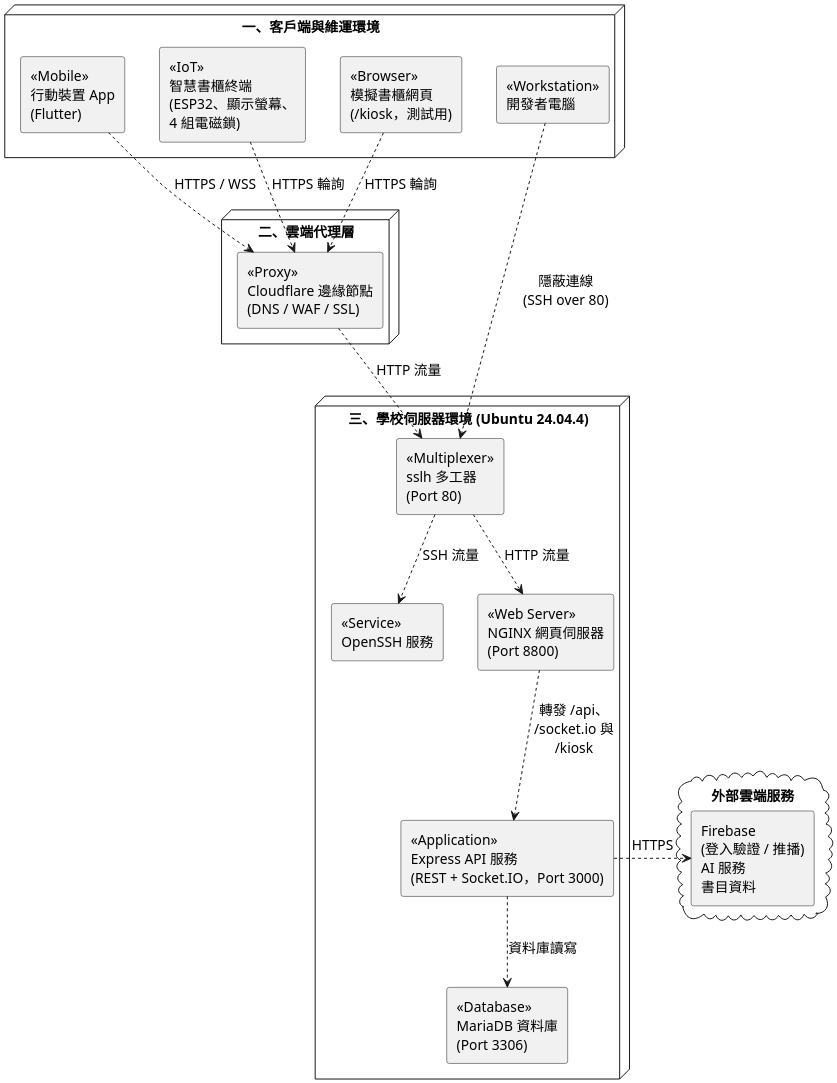
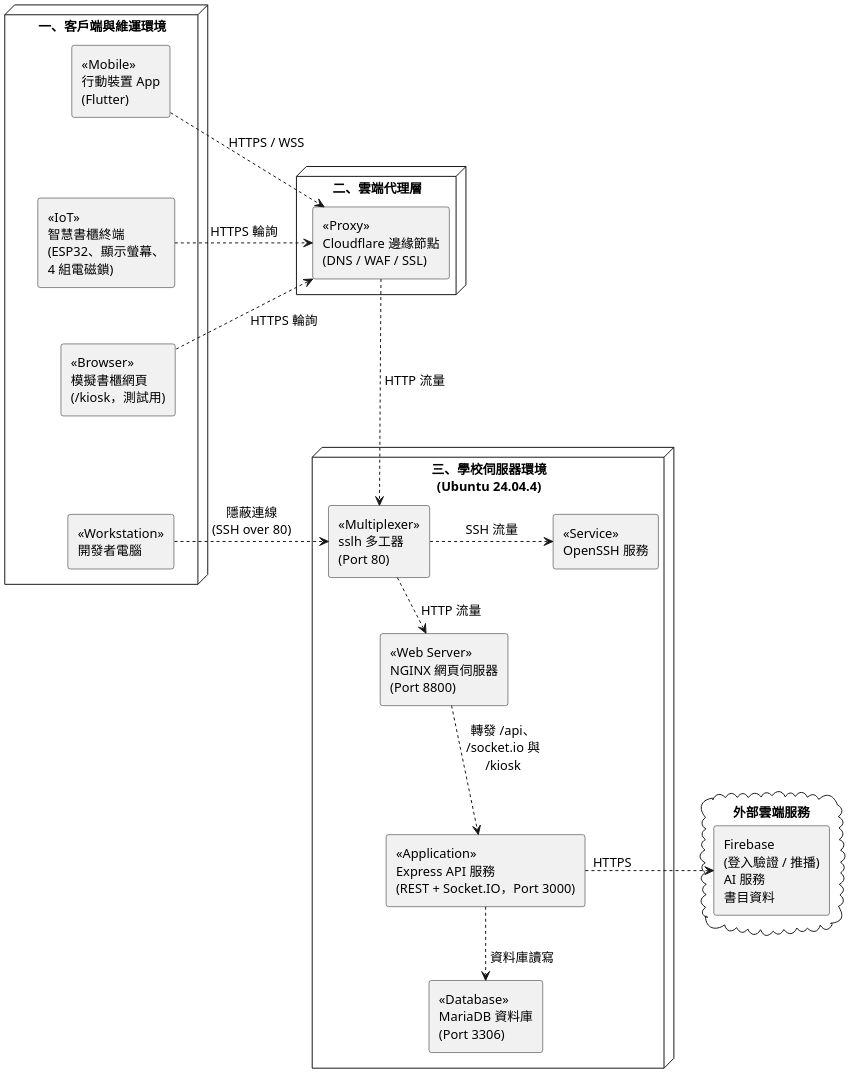
The diagram in Diagrams/System Architecture/v3/deployment.puml (SaveMyBook/SaveMyBook), drawn with PlantUML before and after one commit. The commit also changed 63 other files, not shown here.

```diff
--- a/Diagrams/System Architecture/v3/deployment.puml
+++ b/Diagrams/System Architecture/v3/deployment.puml
@@ -1,42 +1,48 @@
 @startuml
 skinparam monochrome true
 skinparam shadowing false
 skinparam dpi 220
 skinparam defaultFontName "PingFang TC"
-skinparam defaultFontSize 14
+skinparam defaultFontSize 13
 skinparam componentStyle rectangle
+skinparam nodesep 70
+skinparam ranksep 30
 
 node "一、客戶端與維運環境" {
   component "<<Mobile>>\n行動裝置 App\n(Flutter)" as app
   component "<<IoT>>\n智慧書櫃終端\n(ESP32、顯示螢幕、\n4 組電磁鎖)" as iot
   component "<<Browser>>\n模擬書櫃網頁\n(/kiosk，測試用)" as kiosk
   component "<<Workstation>>\n開發者電腦" as dev
 }
 
 node "二、雲端代理層" {
   component "<<Proxy>>\nCloudflare 邊緣節點\n(DNS / WAF / SSL)" as cf
 }
 
-node "三、學校伺服器環境 (Ubuntu 24.04.4)" {
+node "三、學校伺服器環境\n(Ubuntu 24.04.4)" {
   component "<<Multiplexer>>\nsslh 多工器\n(Port 80)" as sslh
   component "<<Service>>\nOpenSSH 服務" as ssh
   component "<<Web Server>>\nNGINX 網頁伺服器\n(Port 8800)" as nginx
   component "<<Application>>\nExpress API 服務\n(REST + Socket.IO，Port 3000)" as api
   component "<<Database>>\nMariaDB 資料庫\n(Port 3306)" as db
 }
 
 cloud "外部雲端服務" as ext {
   component "Firebase\n(登入驗證 / 推播)\nAI 服務\n書目資料" as fb
 }
 
-app ..> cf : HTTPS / WSS
-iot ..> cf : HTTPS 輪詢
-kiosk ..> cf : HTTPS 輪詢
-dev ..> sslh : 隱蔽連線\n(SSH over 80)
-cf ..> sslh : HTTP 流量
-sslh ..> ssh : SSH 流量
-sslh ..> nginx : HTTP 流量
-nginx ..> api : 轉發 /api、\n/socket.io 與\n/kiosk
-api ..> db : 資料庫讀寫
-api .right.> fb : HTTPS
+app -[hidden]down- iot
+iot -[hidden]down- kiosk
+kiosk -[hidden]down- dev
+
+app .down.> cf : HTTPS / WSS
+iot .right.> cf : HTTPS 輪詢
+kiosk .up.> cf : HTTPS 輪詢
+dev .right.> sslh : 隱蔽連線\n(SSH over 80)
+cf .down.> sslh : <U+00A0>HTTP 流量
+sslh .right.> ssh : SSH 流量
+sslh .down.> nginx : <U+00A0>HTTP 流量
+nginx .down.> api : 轉發 /api、\n/socket.io 與\n/kiosk
+api .down.> db : <U+00A0>資料庫讀寫
+api "HTTPS" .right.> fb
 @enduml
```
